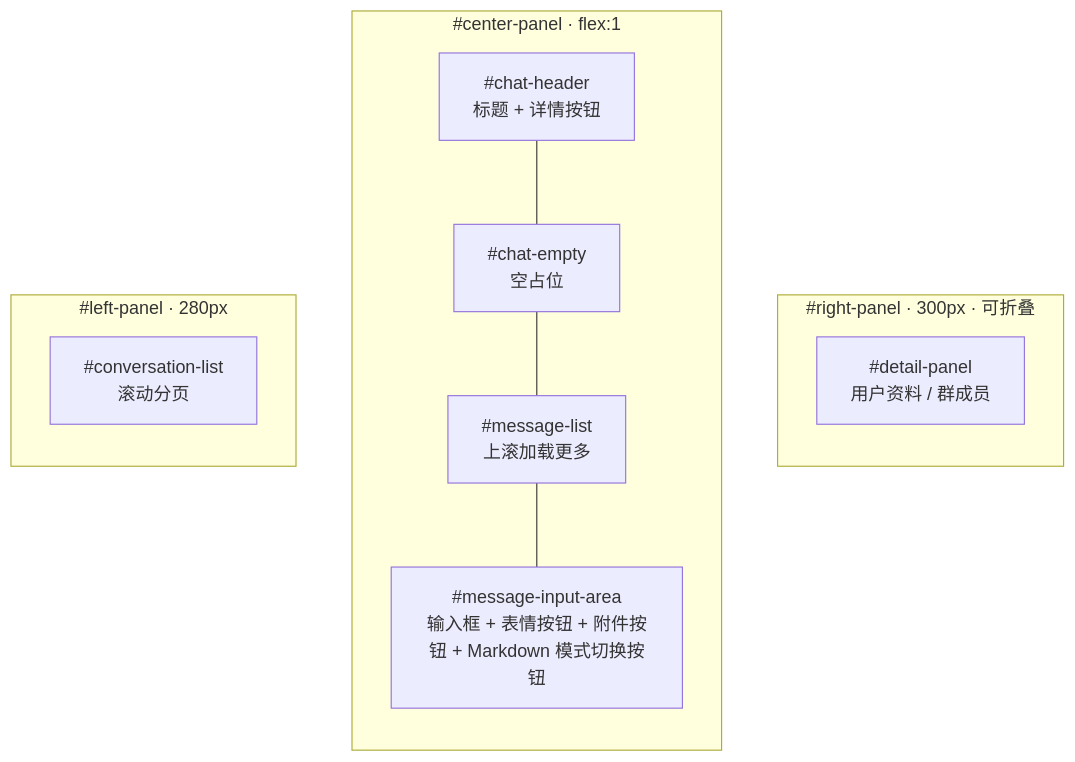
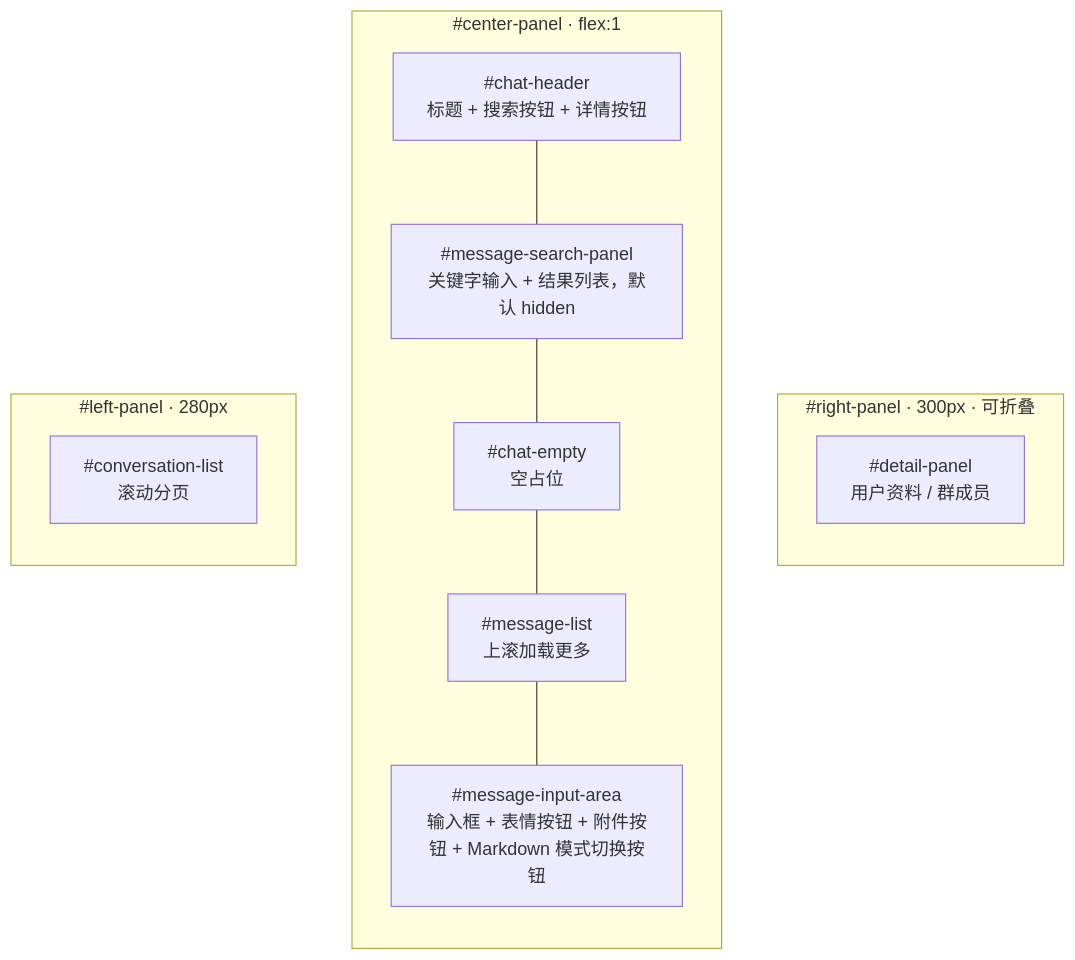
The first of 3 diagrams in packages/uikit/docs/UI设计方案.md (dacez/yimsg), drawn with Mermaid before and after one commit. The commit also changed other lines of this file and 38 other files, not shown here.

````diff
--- a/packages/uikit/docs/UI设计方案.md
+++ b/packages/uikit/docs/UI设计方案.md
@@ -145,21 +145,22 @@
 ```mermaid
 graph LR
     subgraph 左栏["#left-panel · 280px"]
         L2["#conversation-list<br/>滚动分页"]
     end
 
     subgraph 中栏["#center-panel · flex:1"]
         direction TB
-        C1["#chat-header<br/>标题 + 详情按钮"]
+        C1["#chat-header<br/>标题 + 搜索按钮 + 详情按钮"]
+        C1b["#message-search-panel<br/>关键字输入 + 结果列表，默认 hidden"]
         C2["#chat-empty<br/>空占位"]
         C3["#message-list<br/>上滚加载更多"]
         C4["#message-input-area<br/>输入框 + 表情按钮 + 附件按钮 + Markdown 模式切换按钮"]
-        C1 --- C2 --- C3 --- C4
+        C1 --- C1b --- C2 --- C3 --- C4
     end
 
     subgraph 右栏["#right-panel · 300px · 可折叠"]
         R1["#detail-panel<br/>用户资料 / 群成员"]
     end
 
     左栏 ~~~ 中栏 ~~~ 右栏
 ```
````
